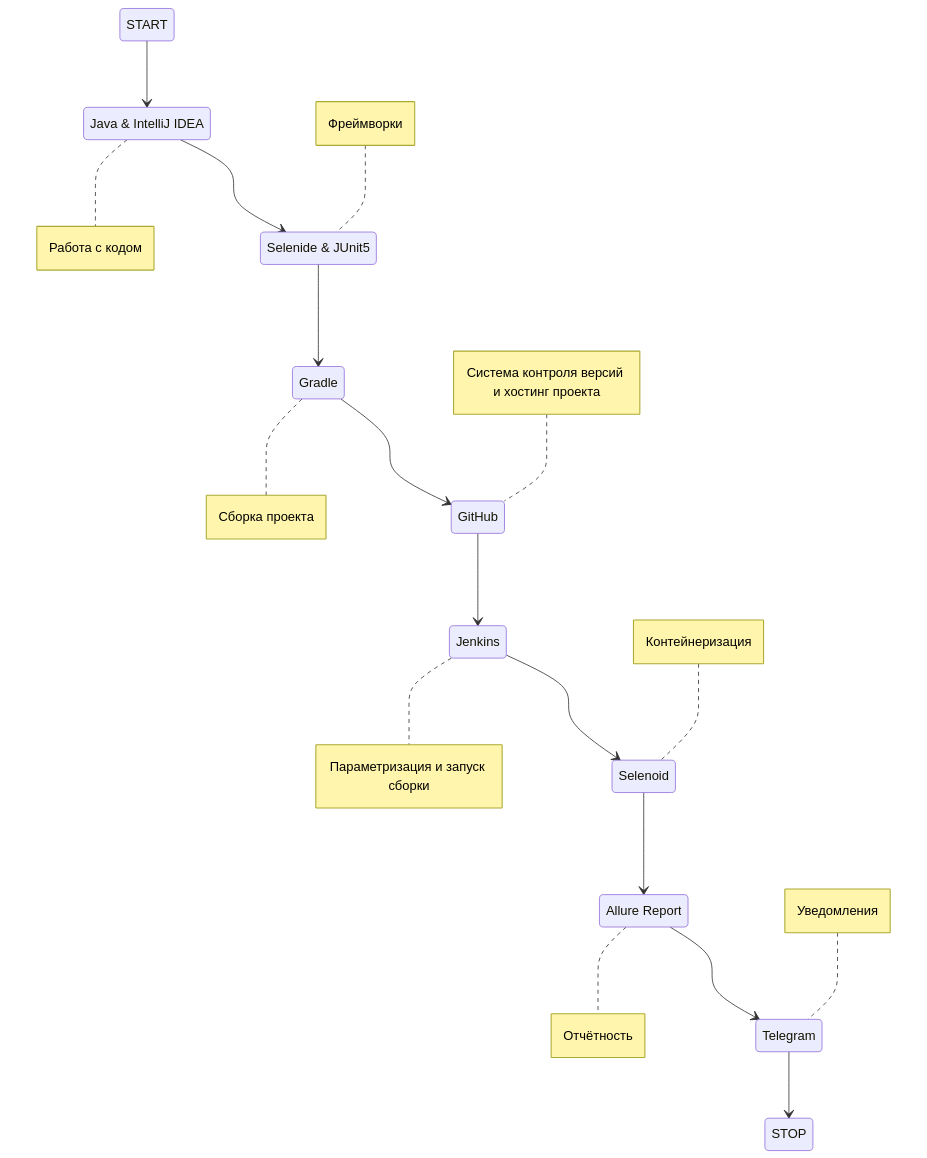
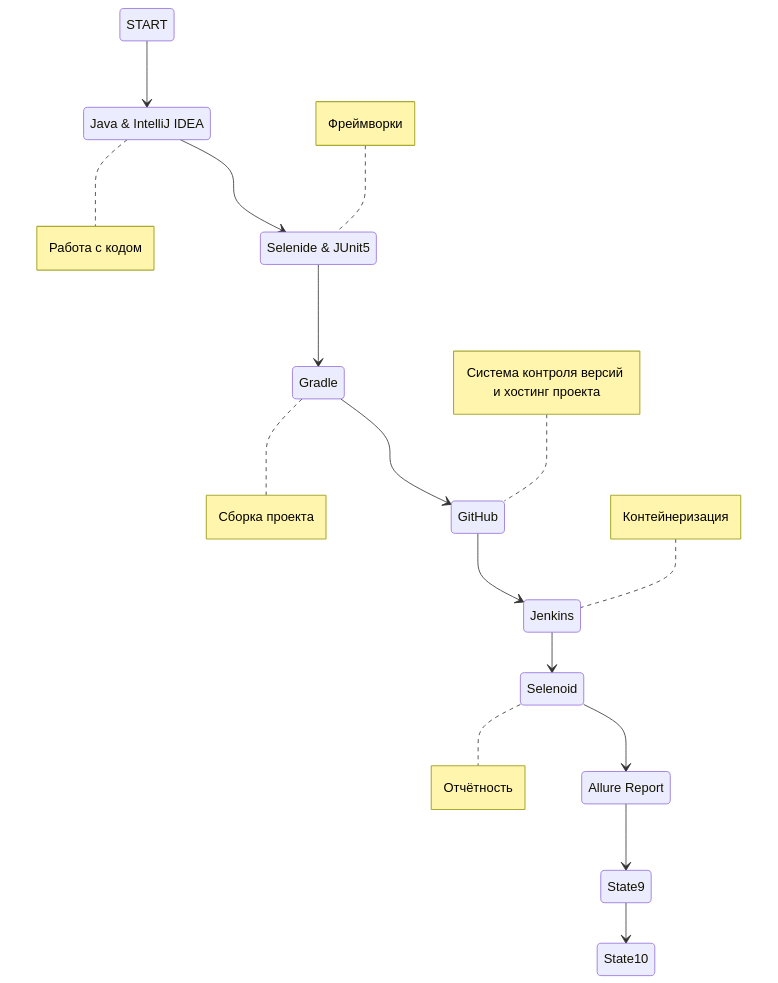
The diagram in README.md (AGordey/Diplom_Mobile_Test_Part_3), drawn with Mermaid before and after one commit. The commit also changed other lines of this file, not shown here.

Commit message:
Diplom part 3 Mobile

````diff
--- a/README.md
+++ b/README.md
@@ -29,30 +29,26 @@
 ```mermaid        
     stateDiagram-v2
         State1: START
         State2: Java & IntelliJ IDEA
         State3: Selenide & JUnit5
         State4: Gradle
         State5: GitHub
         State6: Jenkins
         State7: Selenoid
         State8: Allure Report
-        State9: Telegram
-        State10: STOP
         State1 --> State2
         State2 --> State3
         State3 --> State4
         State4 --> State5
         State5 --> State6
         State6 --> State7
         State7 --> State8
         State8 --> State9
         State9 --> State10
         note right of State2 : Работа с кодом
         note left of State3 : Фреймворки
         note right of State4 : Сборка проекта
         note left of State5 : Система контроля версий и хостинг проекта
-        note right of State6 : Параметризация и запуск сборки
-        note left of State7 : Контейнеризация
-        note right of State8 : Отчётность
-        note left of State9 : Уведомления
+        note left of State6 : Контейнеризация
+        note right of State7 : Отчётность
 ```
````
